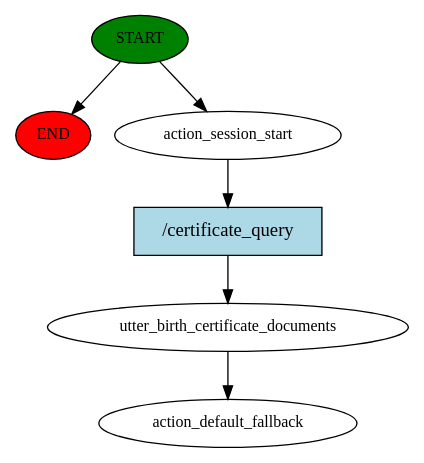
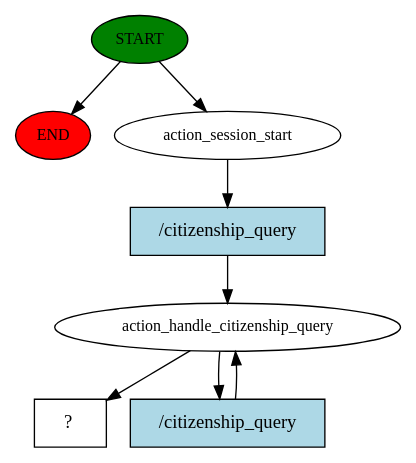
Before and after one commit to PiyushLuitel-07/Samadhan-A-Local-Government-Service-QueryBot: the diagram in story_graph.dot, drawn with Graphviz. The commit also changed 161 other files, not shown here.

```diff
--- a/story_graph.dot
+++ b/story_graph.dot
@@ -1,13 +1,16 @@
 digraph  {
 0 [class="start active", fillcolor=green, fontsize=12, label=START, style=filled];
 "-1" [class=end, fillcolor=red, fontsize=12, label=END, style=filled];
 1 [class=active, fontsize=12, label=action_session_start];
-2 [class=active, fontsize=12, label=utter_birth_certificate_documents];
-3 [class="dashed active", fontsize=12, label=action_default_fallback];
-4 [class="intent active", fillcolor=lightblue, label="/certificate_query", shape=rect, style=filled];
+2 [class=active, fontsize=12, label=action_handle_citizenship_query];
+6 [class="intent dashed active", label="  ?  ", shape=rect];
+7 [class="intent active", fillcolor=lightblue, label="/citizenship_query", shape=rect, style=filled];
+8 [class="intent active", fillcolor=lightblue, label="/citizenship_query", shape=rect, style=filled];
 0 -> "-1"  [class="", key=NONE, label=""];
 0 -> 1  [class=active, key=NONE, label=""];
-1 -> 4  [class=active, key=0];
-2 -> 3  [class=active, key=NONE, label=""];
-4 -> 2  [class=active, key=0];
+1 -> 7  [class=active, key=0];
+2 -> 6  [class=active, key=NONE, label=""];
+2 -> 8  [class=active, key=0];
+7 -> 2  [class=active, key=0];
+8 -> 2  [class=active, key=0];
 }
```
